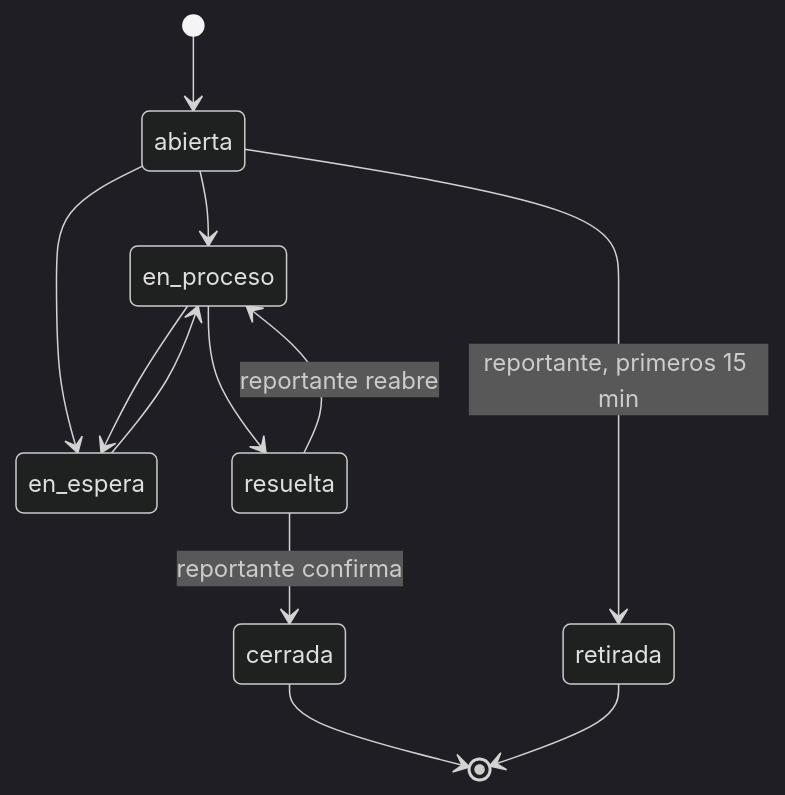
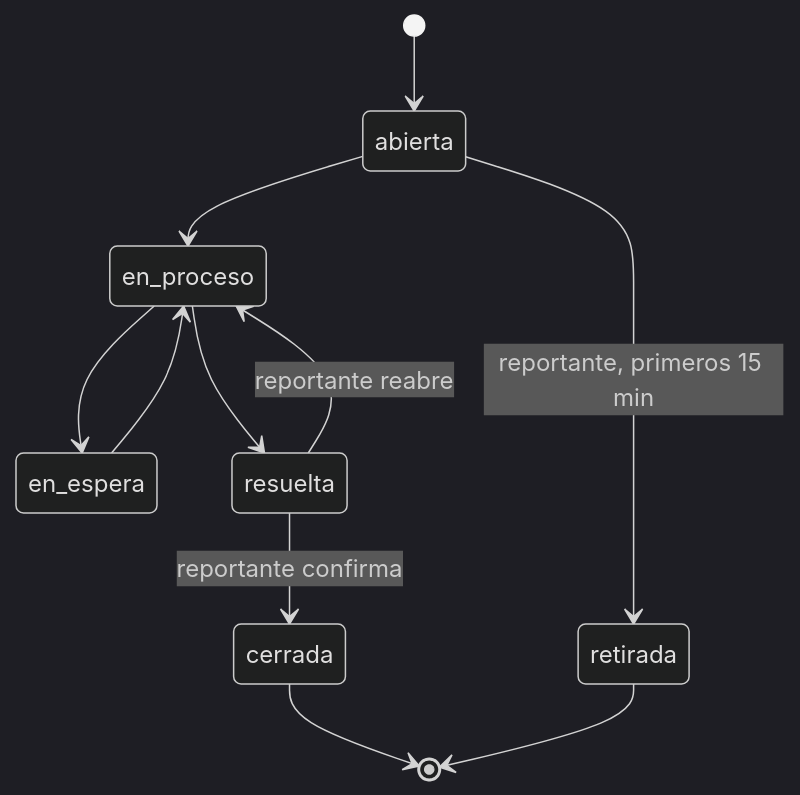
Before and after one commit to canulcua123-source/campus-fix: the second of 2 diagrams in docs/ARQUITECTURA.md, drawn with Mermaid (dark theme). The commit also changed 20 other files, not shown here.

````diff
--- a/docs/ARQUITECTURA.md
+++ b/docs/ARQUITECTURA.md
@@ -176,14 +176,13 @@
 ```mermaid
 stateDiagram-v2
     [*] --> abierta
     abierta --> en_proceso
-    abierta --> en_espera
     en_proceso --> en_espera
     en_proceso --> resuelta
     en_espera --> en_proceso
     resuelta --> cerrada: reportante confirma
     resuelta --> en_proceso: reportante reabre
     abierta --> retirada: reportante, primeros 15 min
     cerrada --> [*]
     retirada --> [*]
 ```
````
